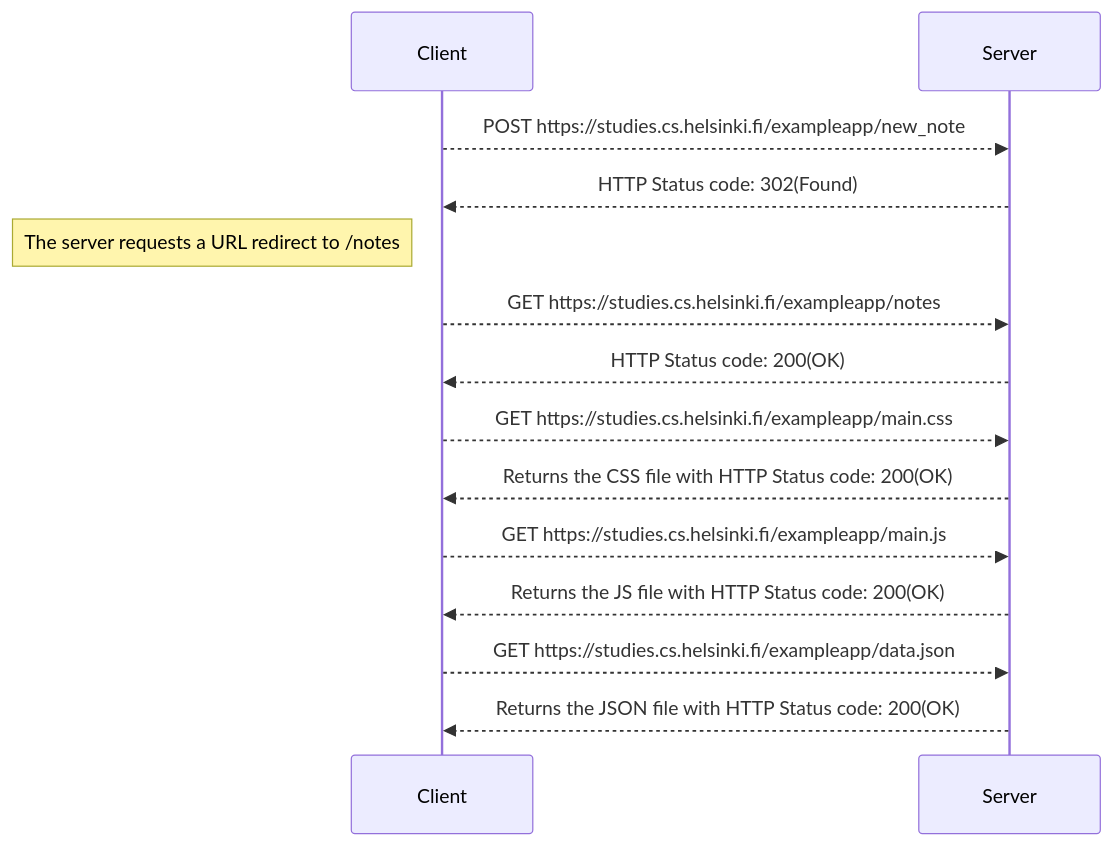
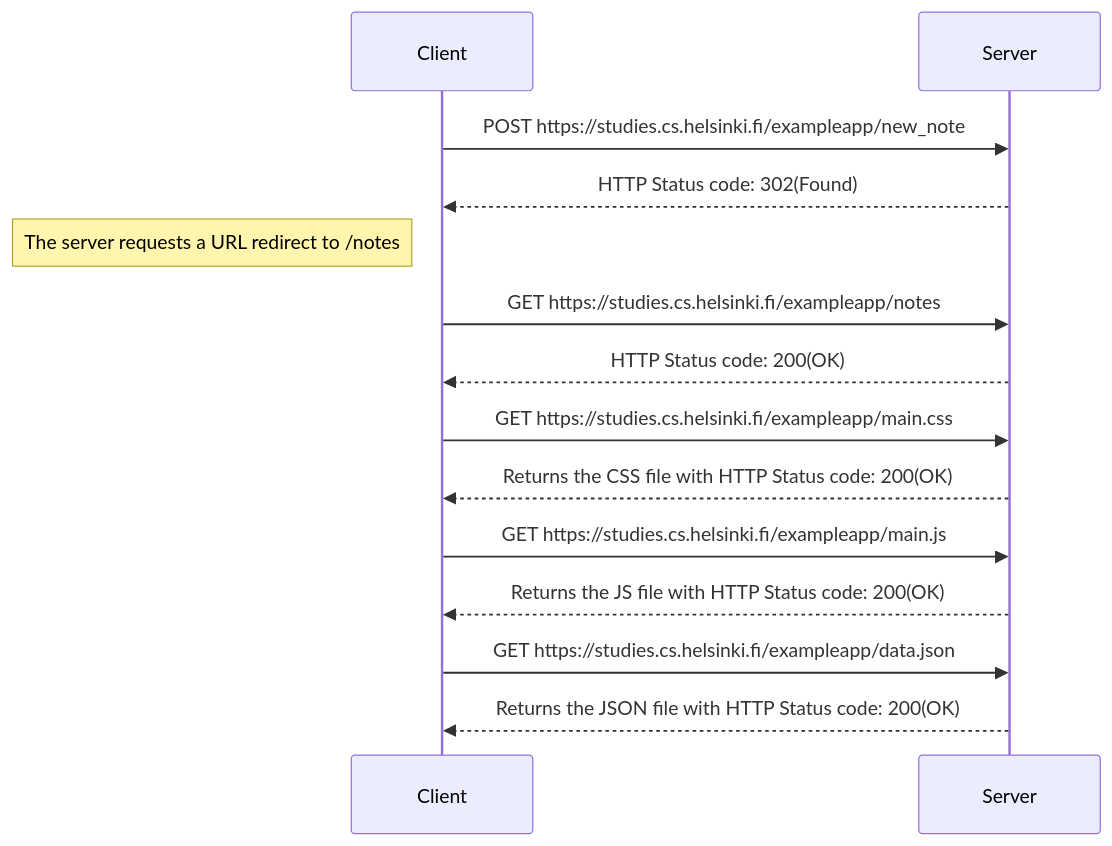
The diagram in README.md (alejandro26gonzalez/part0), drawn with Mermaid before and after one commit.

Commit message:
Fix formatting in sequence diagram in README

````diff
--- a/README.md
+++ b/README.md
@@ -7,23 +7,23 @@
 ```mermaid
 sequenceDiagram
     participant Client
     participant Server
 
-    Client-->>Server: POST https://studies.cs.helsinki.fi/exampleapp/new_note
+    Client->>Server: POST https://studies.cs.helsinki.fi/exampleapp/new_note
     Server-->>Client: HTTP Status code: 302(Found)
 
     Note left of Client: The server requests a URL redirect to /notes
 
-    Client-->>Server: GET https://studies.cs.helsinki.fi/exampleapp/notes
+    Client->>Server: GET https://studies.cs.helsinki.fi/exampleapp/notes
     Server-->>Client: HTTP Status code: 200(OK)
 
-    Client-->>Server: GET https://studies.cs.helsinki.fi/exampleapp/main.css
+    Client->>Server: GET https://studies.cs.helsinki.fi/exampleapp/main.css
     Server-->>Client: Returns the CSS file with HTTP Status code: 200(OK)
 
-    Client-->>Server: GET https://studies.cs.helsinki.fi/exampleapp/main.js
+    Client->>Server: GET https://studies.cs.helsinki.fi/exampleapp/main.js
     Server-->>Client: Returns the JS file with HTTP Status code: 200(OK)
 
-    Client-->>Server: GET https://studies.cs.helsinki.fi/exampleapp/data.json
+    Client->>Server: GET https://studies.cs.helsinki.fi/exampleapp/data.json
     Server-->>Client: Returns the JSON file with HTTP Status code: 200(OK)
 
 ```
````
